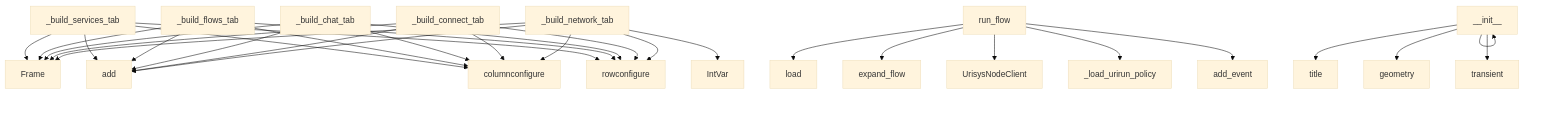
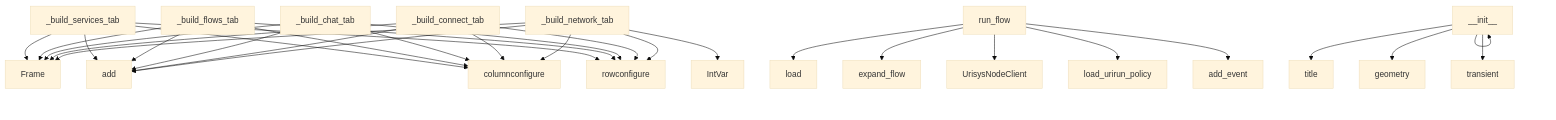
One commit to if-uri/app changed the diagram in project/context.md. Above: the diagram before and after it, drawn with Mermaid (base theme). The commit also changed other lines of this file and 25 other files, not shown here.

````diff
--- a/project/context.md
+++ b/project/context.md
@@ -423,33 +428,33 @@
 ```mermaid
 graph TD
     _build_network_tab --> Frame
     _build_network_tab --> add
     _build_network_tab --> columnconfigure
     _build_network_tab --> rowconfigure
     _build_network_tab --> IntVar
     _build_connect_tab --> Frame
     _build_connect_tab --> add
     _build_connect_tab --> columnconfigure
     _build_connect_tab --> rowconfigure
     _build_chat_tab --> Frame
     _build_chat_tab --> add
     _build_chat_tab --> columnconfigure
     _build_chat_tab --> rowconfigure
     _build_flows_tab --> Frame
     _build_flows_tab --> add
     _build_flows_tab --> columnconfigure
     _build_flows_tab --> rowconfigure
     _build_services_tab --> Frame
     _build_services_tab --> add
     _build_services_tab --> rowconfigure
     _build_services_tab --> columnconfigure
     run_flow --> load
     run_flow --> expand_flow
     run_flow --> UrisysNodeClient
-    run_flow --> _load_urirun_policy
+    run_flow --> load_urirun_policy
     run_flow --> add_event
     __init__ --> __init__
     __init__ --> title
     __init__ --> geometry
     __init__ --> transient
 ```
````
